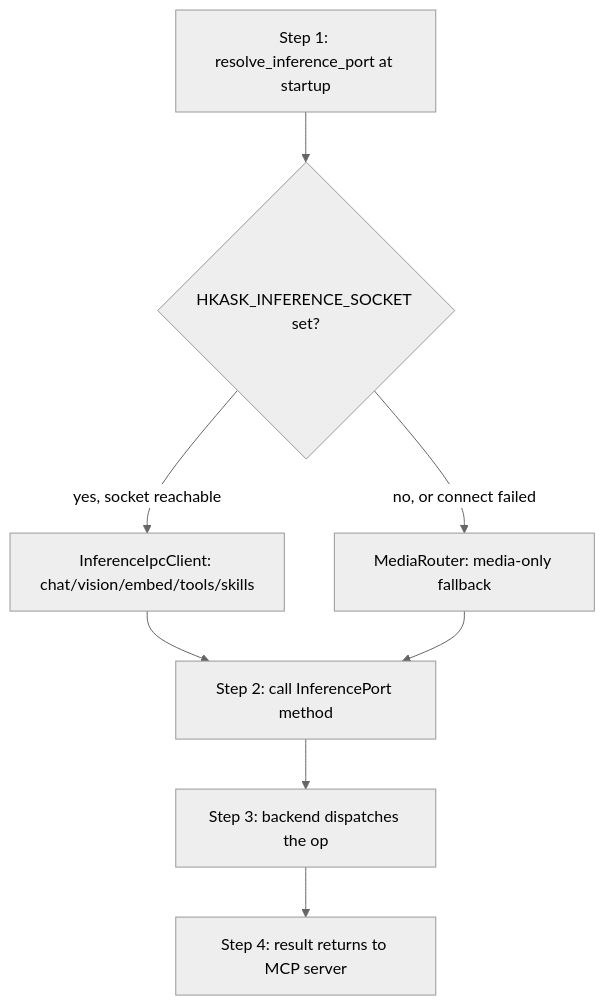
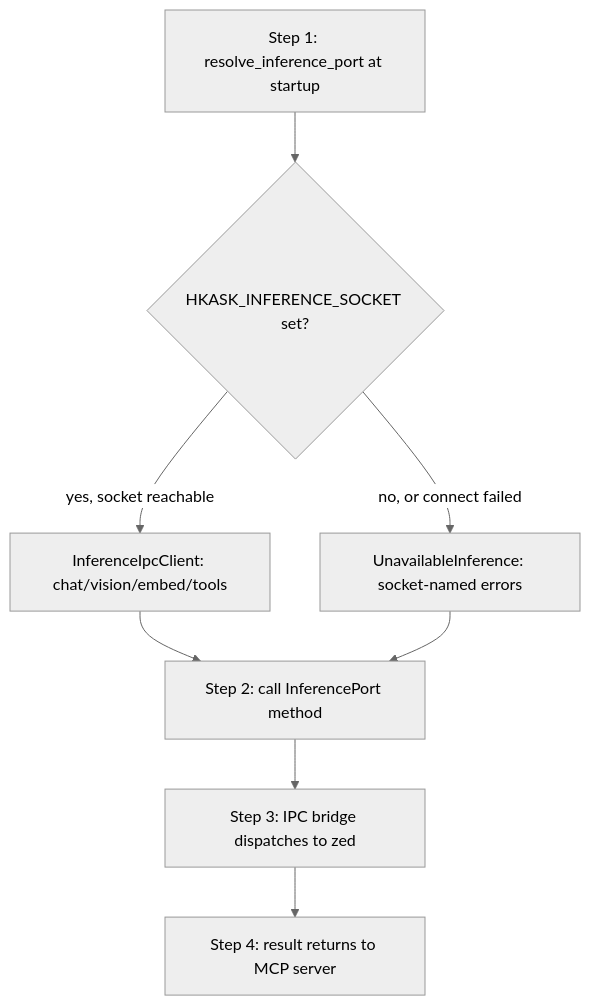
One commit to mdz-axo/zed-kask changed the diagram in kask/docs/diataxis/hkask-inference/tutorial.md. Above: the diagram before and after it, drawn with Mermaid (neutral theme). The commit also changed other lines of this file and 22 other files, not shown here.

````diff
--- a/kask/docs/diataxis/hkask-inference/tutorial.md
+++ b/kask/docs/diataxis/hkask-inference/tutorial.md
@@ -31,10 +31,10 @@
 ```mermaid
 flowchart TD
     A[Step 1: resolve_inference_port at startup] --> B{HKASK_INFERENCE_SOCKET set?}
-    B -- yes, socket reachable --> C[InferenceIpcClient: chat/vision/embed/tools/skills]
-    B -- no, or connect failed --> D[MediaRouter: media-only fallback]
+    B -- yes, socket reachable --> C[InferenceIpcClient: chat/vision/embed/tools]
+    B -- no, or connect failed --> D[UnavailableInference: socket-named errors]
     C --> E[Step 2: call InferencePort method]
     D --> E
-    E --> F[Step 3: backend dispatches the op]
+    E --> F[Step 3: IPC bridge dispatches to zed]
     F --> G[Step 4: result returns to MCP server]
 ```
````
